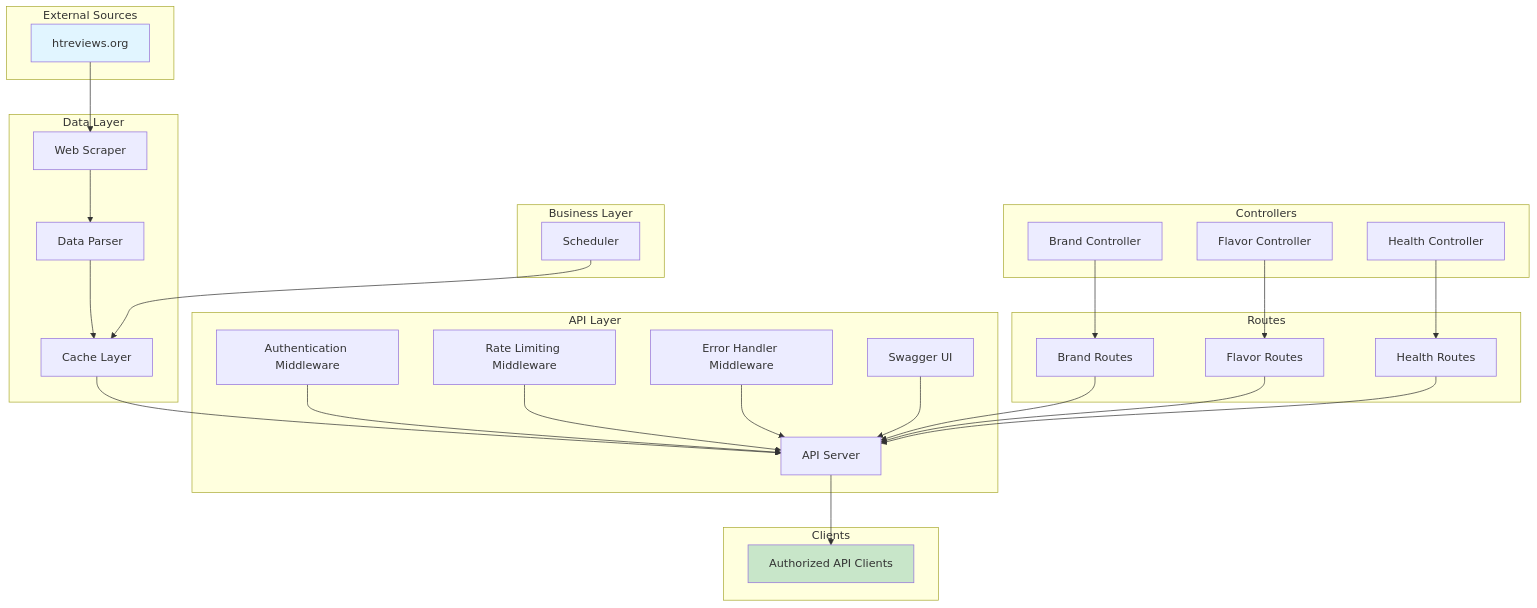
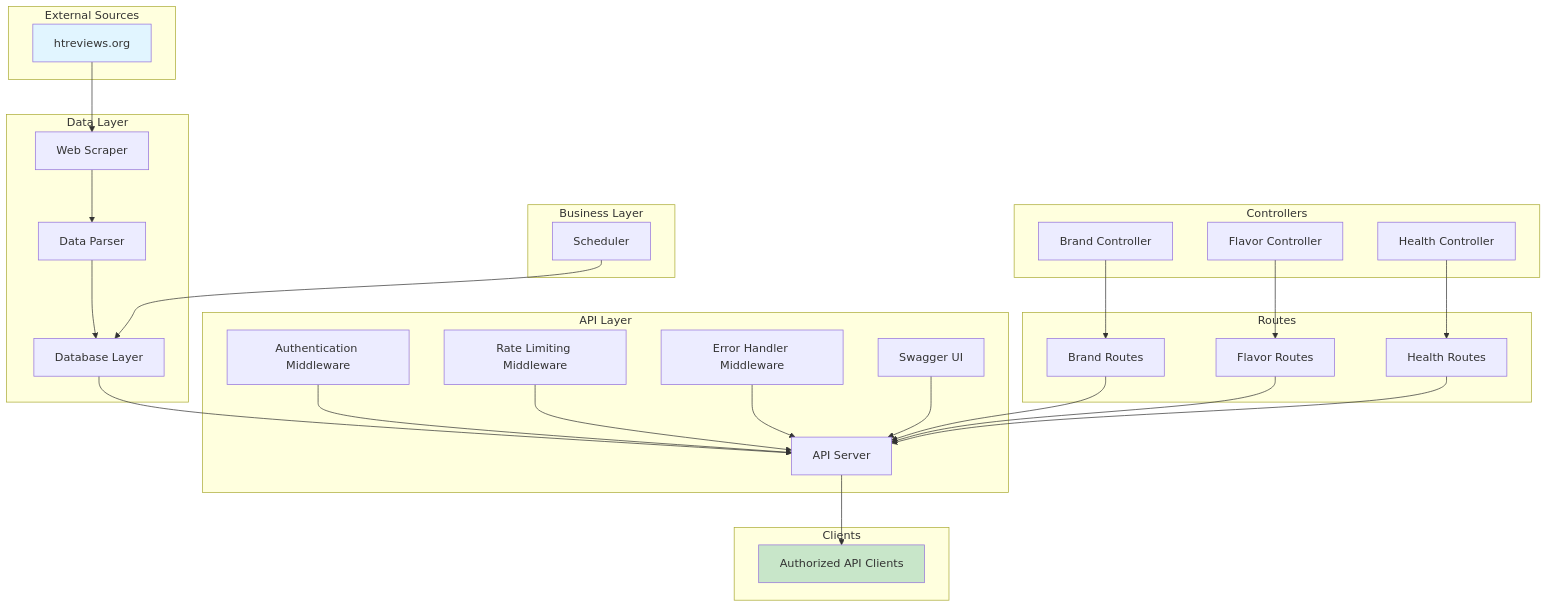
One commit to Zenderg/hookah-db changed the first of 3 diagrams in .kilocode/rules/memory-bank/architecture.md. Above: the diagram before and after it, drawn with Mermaid. The commit also changed other lines of this file and 34 other files, not shown here.

````diff
--- a/.kilocode/rules/memory-bank/architecture.md
+++ b/.kilocode/rules/memory-bank/architecture.md
@@ -7,60 +7,60 @@
 ```mermaid
 graph TB
     subgraph "External Sources"
         A[htreviews.org]
     end
     
     subgraph "Data Layer"
         B[Web Scraper]
         C[Data Parser]
-        D[Cache Layer]
+        D[Database Layer]
     end
     
     subgraph "Business Layer"
         S[Scheduler]
     end
     
     subgraph "API Layer"
         E[API Server]
         F[Authentication Middleware]
         G[Rate Limiting Middleware]
         H[Error Handler Middleware]
         I[Swagger UI]
     end
     
     subgraph "Controllers"
         J[Brand Controller]
         K[Flavor Controller]
         L[Health Controller]
     end
     
     subgraph "Routes"
         M[Brand Routes]
         N[Flavor Routes]
         O[Health Routes]
     end
     
     subgraph "Clients"
         P[Authorized API Clients]
     end
     
     A --> B
     B --> C
     C --> D
     D --> E
     S --> D
     F --> E
     G --> E
     H --> E
     I --> E
     J --> M
     K --> N
     L --> O
     M --> E
     N --> E
     O --> E
     E --> P
     
     style A fill:#e1f5ff
     style P fill:#c8e6c9
 ```
````
